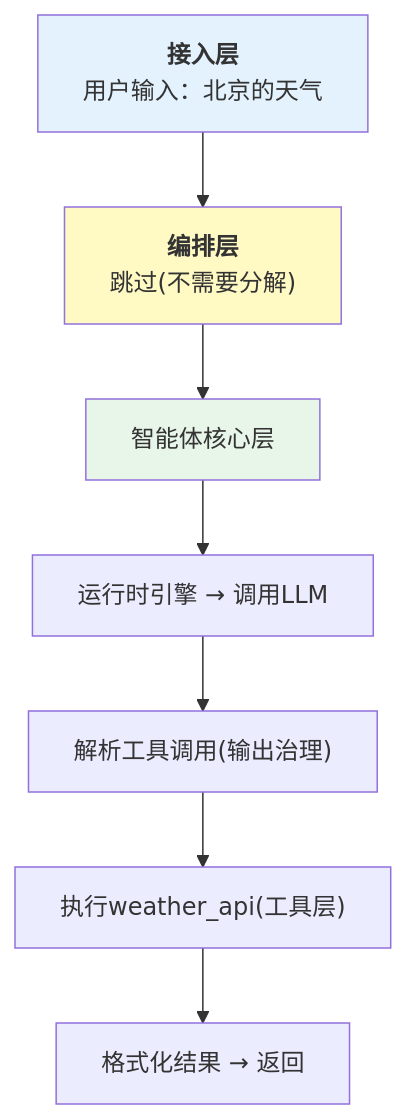
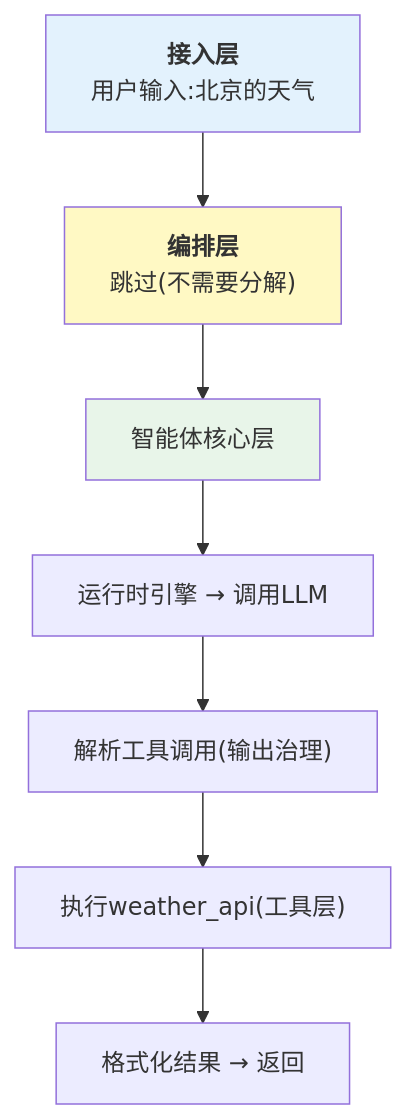
One commit to yeasy/harness_engineering_guide changed the third of 5 diagrams in 02_architecture/2.1_reference_architecture.md. Above: the diagram before and after it, drawn with Mermaid. The commit also changed other lines of this file and 94 other files, not shown here.

````diff
--- a/02_architecture/2.1_reference_architecture.md
+++ b/02_architecture/2.1_reference_architecture.md
@@ -384,13 +384,13 @@
 ```mermaid
 flowchart TD
-    A["<b>接入层</b><br/>用户输入：北京的天气"] --> B["<b>编排层</b><br/>跳过(不需要分解)"]
+    A["<b>接入层</b><br/>用户输入:北京的天气"] --> B["<b>编排层</b><br/>跳过(不需要分解)"]
     B --> C["智能体核心层"]
     C --> D["运行时引擎 → 调用LLM"]
     D --> E["解析工具调用(输出治理)"]
     E --> F["执行weather_api(工具层)"]
     F --> G["格式化结果 → 返回"]
 
     style A fill:#e3f2fd
     style B fill:#fff9c4
     style C fill:#e8f5e9
 ```
````
